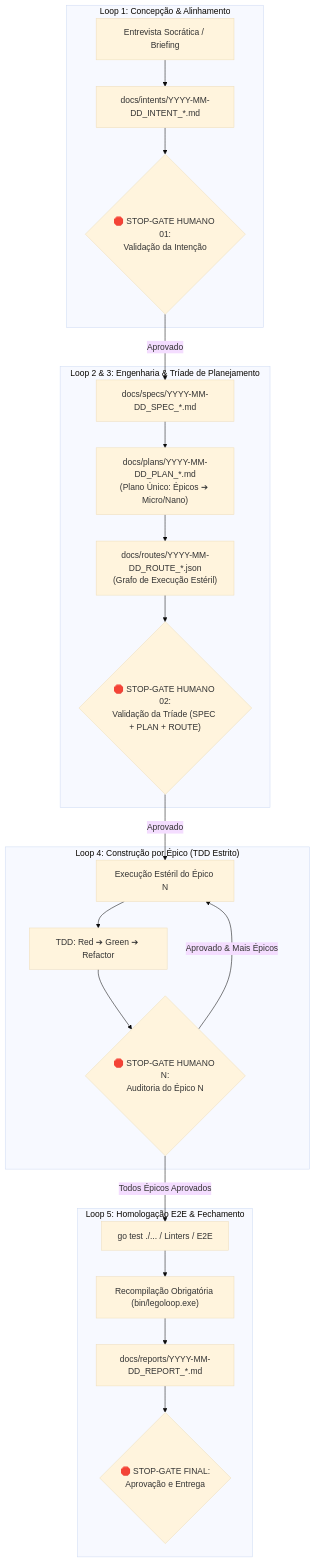
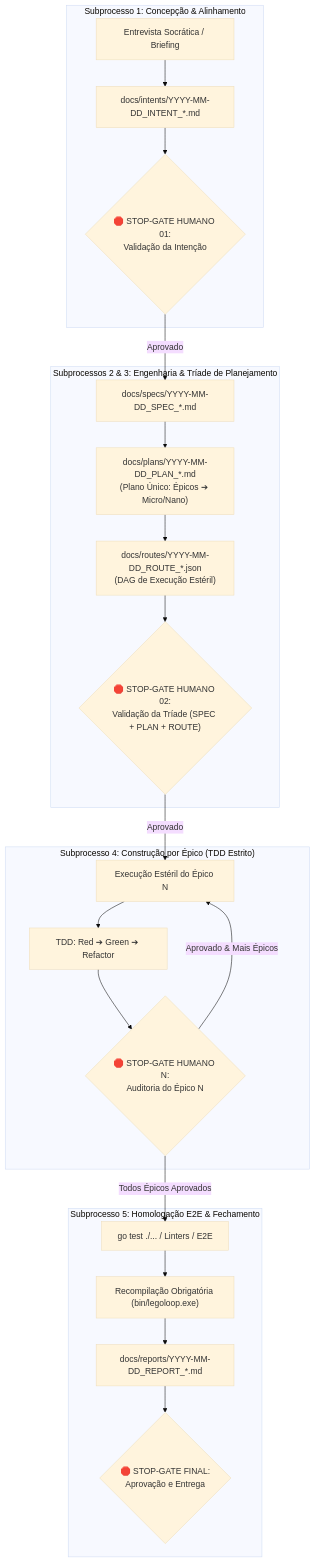
One commit to heverton-dev/LegoLoop changed the diagram in skills/legoloop-mega-pipeline/SKILL.md. Above: the diagram before and after it, drawn with Mermaid (base theme). The commit also changed other lines of this file and 20 other files, not shown here.

````diff
--- a/skills/legoloop-mega-pipeline/SKILL.md
+++ b/skills/legoloop-mega-pipeline/SKILL.md
@@ -72,28 +72,28 @@
 ```mermaid
 flowchart TD
-    subgraph L1 ["Loop 1: Concepção & Alinhamento"]
+    subgraph L1 ["Subprocesso 1: Concepção & Alinhamento"]
         A1["Entrevista Socrática / Briefing"] --> A2["docs/intents/YYYY-MM-DD_INTENT_*.md"]
         A2 --> G1{"🛑 STOP-GATE HUMANO 01:<br/>Validação da Intenção"}
     end
 
-    subgraph L23 ["Loop 2 & 3: Engenharia & Tríade de Planejamento"]
+    subgraph L23 ["Subprocessos 2 & 3: Engenharia & Tríade de Planejamento"]
         G1 -->|Aprovado| B1["docs/specs/YYYY-MM-DD_SPEC_*.md"]
         B1 --> B2["docs/plans/YYYY-MM-DD_PLAN_*.md<br/>(Plano Único: Épicos ➔ Micro/Nano)"]
-        B2 --> B3["docs/routes/YYYY-MM-DD_ROUTE_*.json<br/>(Grafo de Execução Estéril)"]
+        B2 --> B3["docs/routes/YYYY-MM-DD_ROUTE_*.json<br/>(DAG de Execução Estéril)"]
         B3 --> G2{"🛑 STOP-GATE HUMANO 02:<br/>Validação da Tríade (SPEC + PLAN + ROUTE)"}
     end
 
-    subgraph L4 ["Loop 4: Construção por Épico (TDD Estrito)"]
+    subgraph L4 ["Subprocesso 4: Construção por Épico (TDD Estrito)"]
         G2 -->|Aprovado| C1["Execução Estéril do Épico N"]
         C1 --> C2["TDD: Red ➔ Green ➔ Refactor"]
         C2 --> G3{"🛑 STOP-GATE HUMANO N:<br/>Auditoria do Épico N"}
         G3 -->|Aprovado & Mais Épicos| C1
     end
 
-    subgraph L5 ["Loop 5: Homologação E2E & Fechamento"]
+    subgraph L5 ["Subprocesso 5: Homologação E2E & Fechamento"]
         G3 -->|Todos Épicos Aprovados| D1["go test ./... / Linters / E2E"]
         D1 --> D2["Recompilação Obrigatória (bin/legoloop.exe)"]
         D2 --> D3["docs/reports/YYYY-MM-DD_REPORT_*.md"]
         D3 --> G4{"🛑 STOP-GATE FINAL:<br/>Aprovação e Entrega"}
     end
 ```
````
